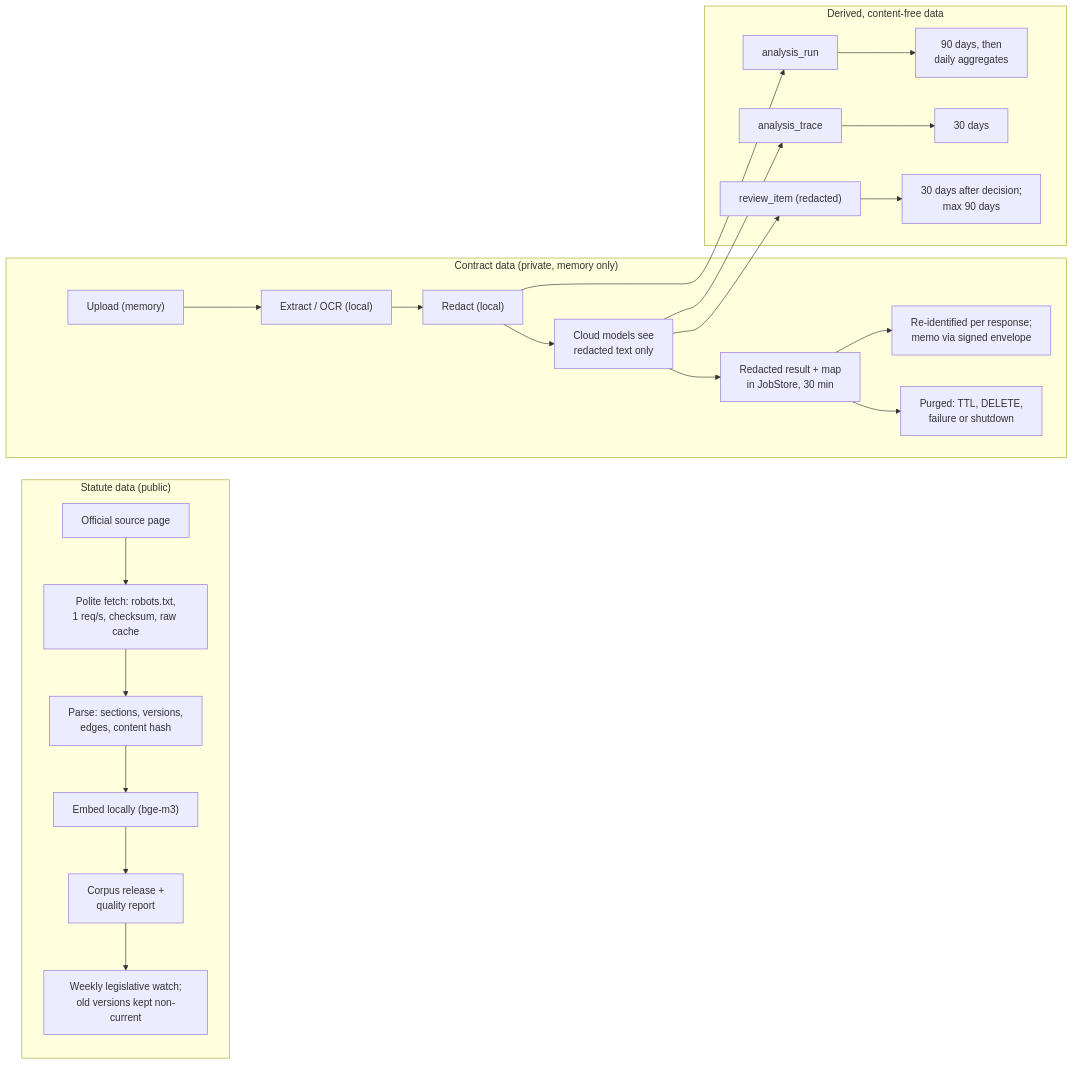
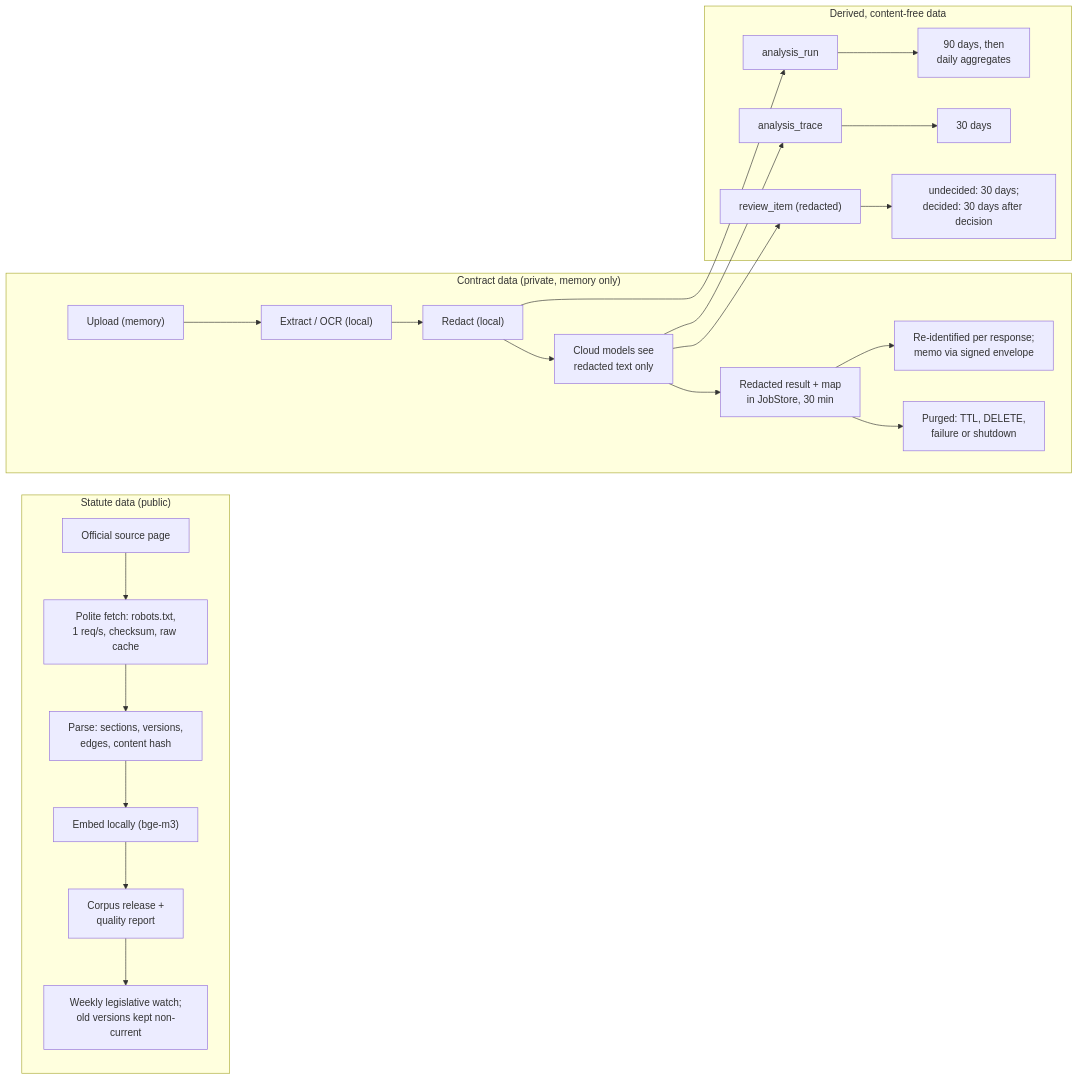
Before and after one commit to IfteakarAhmed/shromikai: the seventh of 7 diagrams in docs/spec/architecture.md, drawn with Mermaid. The commit also changed other lines of this file and 22 other files, not shown here.

````diff
--- a/docs/spec/architecture.md
+++ b/docs/spec/architecture.md
@@ -813,26 +958,26 @@
 ```mermaid
 flowchart LR
     subgraph Statutes["Statute data (public)"]
         S1["Official source page"] --> S2["Polite fetch: robots.txt,<br/>1 req/s, checksum, raw cache"]
         S2 --> S3["Parse: sections, versions,<br/>edges, content hash"]
         S3 --> S4["Embed locally (bge-m3)"]
         S4 --> S5["Corpus release +<br/>quality report"]
         S5 --> S6["Weekly legislative watch;<br/>old versions kept non-current"]
     end
     subgraph Contract["Contract data (private, memory only)"]
         C1["Upload (memory)"] --> C2["Extract / OCR (local)"]
         C2 --> C3["Redact (local)"]
         C3 --> C4["Cloud models see<br/>redacted text only"]
         C4 --> C5["Redacted result + map<br/>in JobStore, 30 min"]
         C5 --> C6["Re-identified per response;<br/>memo via signed envelope"]
         C5 --> C7["Purged: TTL, DELETE,<br/>failure or shutdown"]
     end
     subgraph Derived["Derived, content-free data"]
         D1["analysis_run"] --> D2["90 days, then<br/>daily aggregates"]
         D3["analysis_trace"] --> D4["30 days"]
-        D5["review_item (redacted)"] --> D6["30 days after decision;<br/>max 90 days"]
+        D5["review_item (redacted)"] --> D6["undecided: 30 days;<br/>decided: 30 days after decision"]
     end
     C3 --> D1
     C4 --> D3
     C4 --> D5
 ```
````
